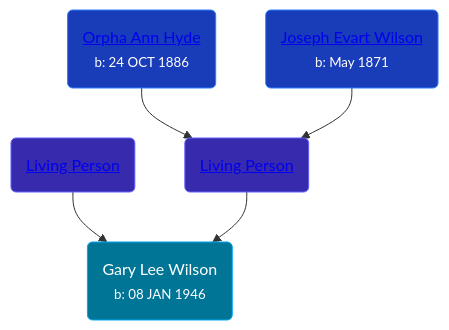
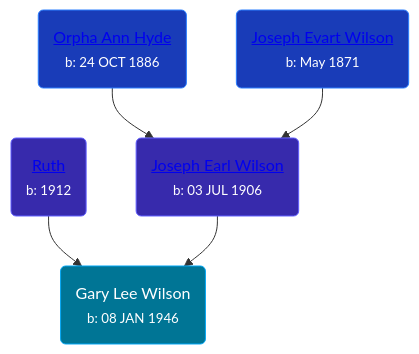
The diagram in pages/people/8/83638300.md (wpmgotkh/wpmgotkh.github.io), drawn with Mermaid before and after one commit. The commit also changed other lines of this file and 586 other files, not shown here.

Commit message:
feat: better shouldConsiderPersonLiving algo

````diff
--- a/pages/people/8/83638300.md
+++ b/pages/people/8/83638300.md
@@ -11,11 +11,11 @@
 ```mermaid
 graph
 classDef grands fill:#193cb8,stroke:#2b7fff,stroke-width:1px,color:#fff;
 classDef parents fill:#372aac,stroke:#615fff,stroke-width:1px,color:#fff;
 classDef primary fill:#007595,stroke:#00a6f4,stroke-width:1px,color:#fff;
 83638300(Gary Lee Wilson<br /><small>b: 08 JAN 1946</small>):::primary
-72945090(<a class="text-white" href="/people/7/72945090">Living Person</a>):::parents-->83638300
-35616804(<a class="text-white" href="/people/3/35616804">Living Person</a>):::parents-->83638300
+72945090(<a class="text-white" href="/people/7/72945090">Ruth </a><br /><small>b: 1912</small>):::parents-->83638300
+35616804(<a class="text-white" href="/people/3/35616804">Joseph Earl Wilson</a><br /><small>b: 03 JUL 1906</small>):::parents-->83638300
 63932813(<a class="text-white" href="/people/6/63932813">Orpha Ann Hyde</a><br /><small>b: 24 OCT 1886</small>):::grands-->35616804
 57306025(<a class="text-white" href="/people/5/57306025">Joseph Evart Wilson</a><br /><small>b: May 1871</small>):::grands-->35616804
 ```
````
